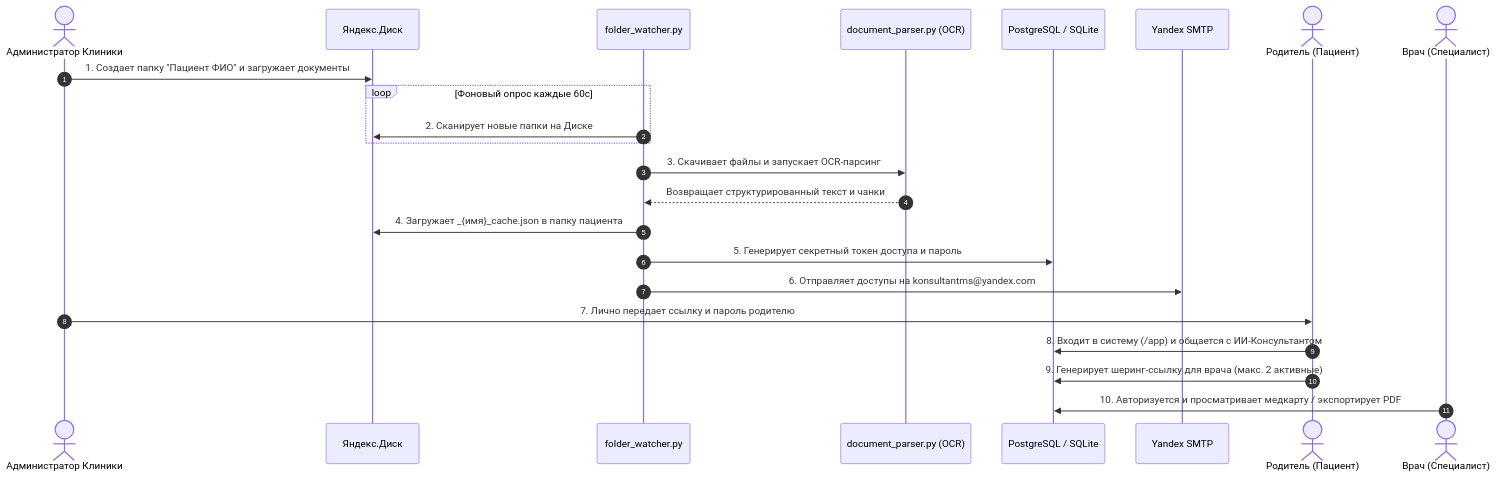
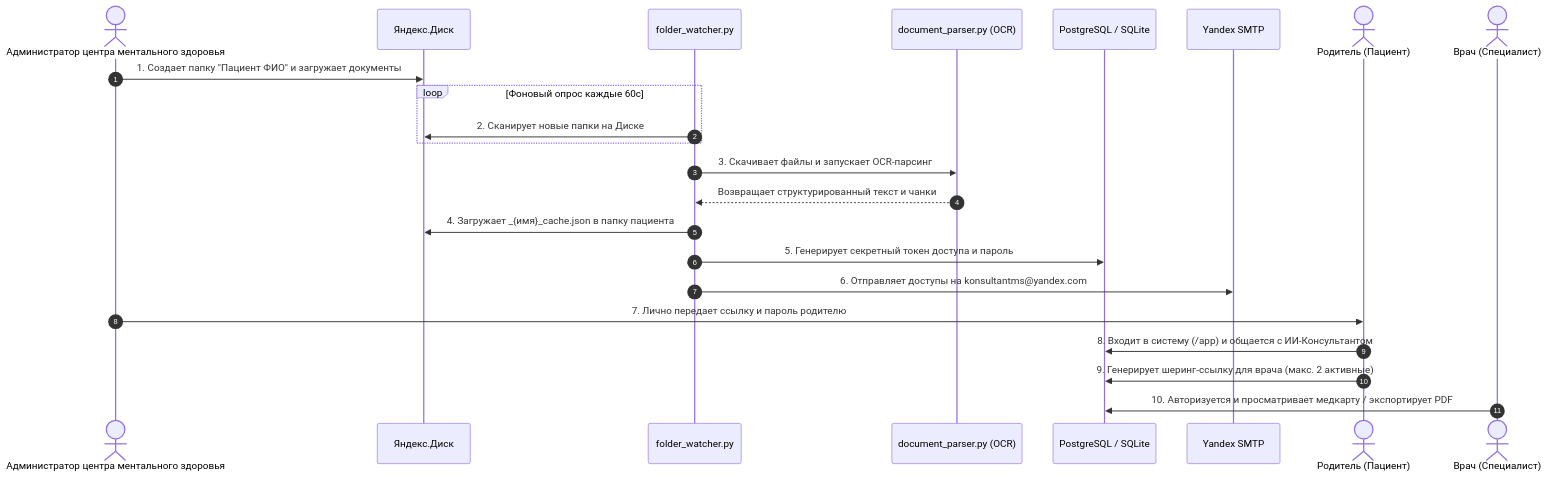
The first of 3 diagrams in ARCHITECTURE.md (sergo123qwe321-arch/konsyltant), drawn with Mermaid before and after one commit. The commit also changed other lines of this file and 9 other files, not shown here.

Commit message:
feat(alerts): implement dual-email alert subsystem with deduplication, recovery, and admin test endpoint; sync process.md and ARCHITECTURE.md

````diff
--- a/ARCHITECTURE.md
+++ b/ARCHITECTURE.md
@@ -76,26 +75,26 @@
 ```mermaid
 sequenceDiagram
     autonumber
-    actor Admin as Администратор Клиники
+    actor Admin as Администратор центра ментального здоровья
     participant YD as Яндекс.Диск
     participant ETL as folder_watcher.py
     participant Parser as document_parser.py (OCR)
     participant DB as PostgreSQL / SQLite
     participant SMTP as Yandex SMTP
     actor Parent as Родитель (Пациент)
     actor Doctor as Врач (Специалист)
 
     Admin->>YD: 1. Создает папку "Пациент ФИО" и загружает документы
     loop Фоновый опрос каждые 60с
         ETL->>YD: 2. Сканирует новые папки на Диске
     end
     ETL->>Parser: 3. Скачивает файлы и запускает OCR-парсинг
     Parser-->>ETL: Возвращает структурированный текст и чанки
     ETL->>YD: 4. Загружает _{имя}_cache.json в папку пациента
     ETL->>DB: 5. Генерирует секретный токен доступа и пароль
     ETL->>SMTP: 6. Отправляет доступы на konsultantms@yandex.com
     Admin->>Parent: 7. Лично передает ссылку и пароль родителю
     Parent->>DB: 8. Входит в систему (/app) и общается с ИИ-Консультантом
     Parent->>DB: 9. Генерирует шеринг-ссылку для врача (макс. 2 активные)
     Doctor->>DB: 10. Авторизуется и просматривает медкарту / экспортирует PDF
 ```
````
